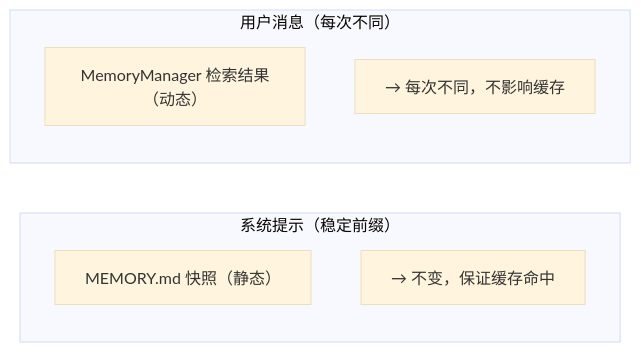
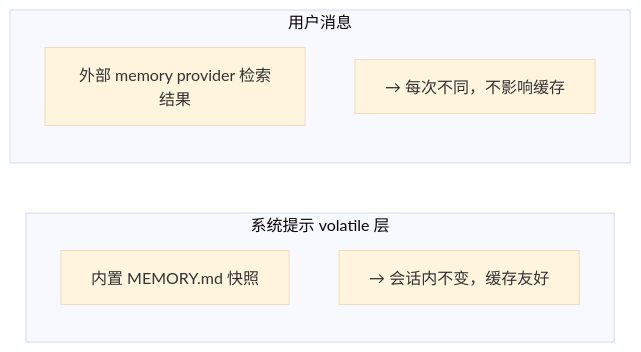
One commit to fang-lin/hermes-agent-code-analysis changed the fourth of 6 diagrams in docs/zh/00-项目全景.md. Above: the diagram before and after it, drawn with Mermaid (base theme). The commit also changed other lines of this file and 1 other file, not shown here.

````diff
--- a/docs/zh/00-项目全景.md
+++ b/docs/zh/00-项目全景.md
@@ -278,11 +286,11 @@
 ```mermaid
 graph LR
-    subgraph SP ["系统提示（稳定前缀）"]
-        M1["MEMORY.md 快照（静态）"]
-        M2["→ 不变，保证缓存命中"]
+    subgraph SP ["系统提示 volatile 层"]
+        M1["内置 MEMORY.md 快照"]
+        M2["→ 会话内不变，缓存友好"]
     end
-    subgraph UM ["用户消息（每次不同）"]
-        D1["MemoryManager 检索结果（动态）"]
+    subgraph UM ["用户消息"]
+        D1["外部 memory provider 检索结果"]
         D2["→ 每次不同，不影响缓存"]
     end
 ```
````
